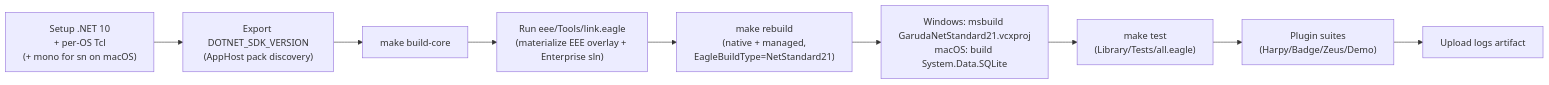
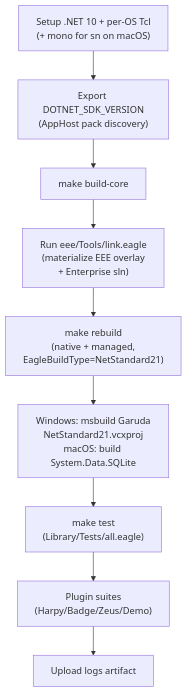
The sixth of 6 diagrams in msbuild.md (mistachkin/docs), drawn with Mermaid before and after one commit. The commit also changed other lines of this file, not shown here.

Commit message:
Fixes to MSBuild information.

````diff
--- a/msbuild.md
+++ b/msbuild.md
@@ -661,11 +652,11 @@
 ```mermaid
-flowchart LR
-    A["Setup .NET 10<br/>+ per-OS Tcl<br/>(+ mono for sn on macOS)"] --> B["Export DOTNET_SDK_VERSION<br/>(AppHost pack discovery)"]
+flowchart TD
+    A["Setup .NET 10 + per-OS Tcl<br/>(+ mono for sn on macOS)"] --> B["Export DOTNET_SDK_VERSION<br/>(AppHost pack discovery)"]
     B --> C["make build-core"]
-    C --> D["Run eee/Tools/link.eagle<br/>(materialize EEE overlay + Enterprise sln)"]
+    C --> D["Run eee/Tools/link.eagle<br/>(materialize EEE overlay<br/>+ Enterprise sln)"]
     D --> E["make rebuild<br/>(native + managed,<br/>EagleBuildType=NetStandard21)"]
-    E --> F["Windows: msbuild GarudaNetStandard21.vcxproj<br/>macOS: build System.Data.SQLite"]
+    E --> F["Windows: msbuild Garuda<br/>NetStandard21.vcxproj<br/>macOS: build System.Data.SQLite"]
     F --> G["make test<br/>(Library/Tests/all.eagle)"]
     G --> H["Plugin suites<br/>(Harpy/Badge/Zeus/Demo)"]
     H --> I["Upload logs artifact"]
 ```
````
